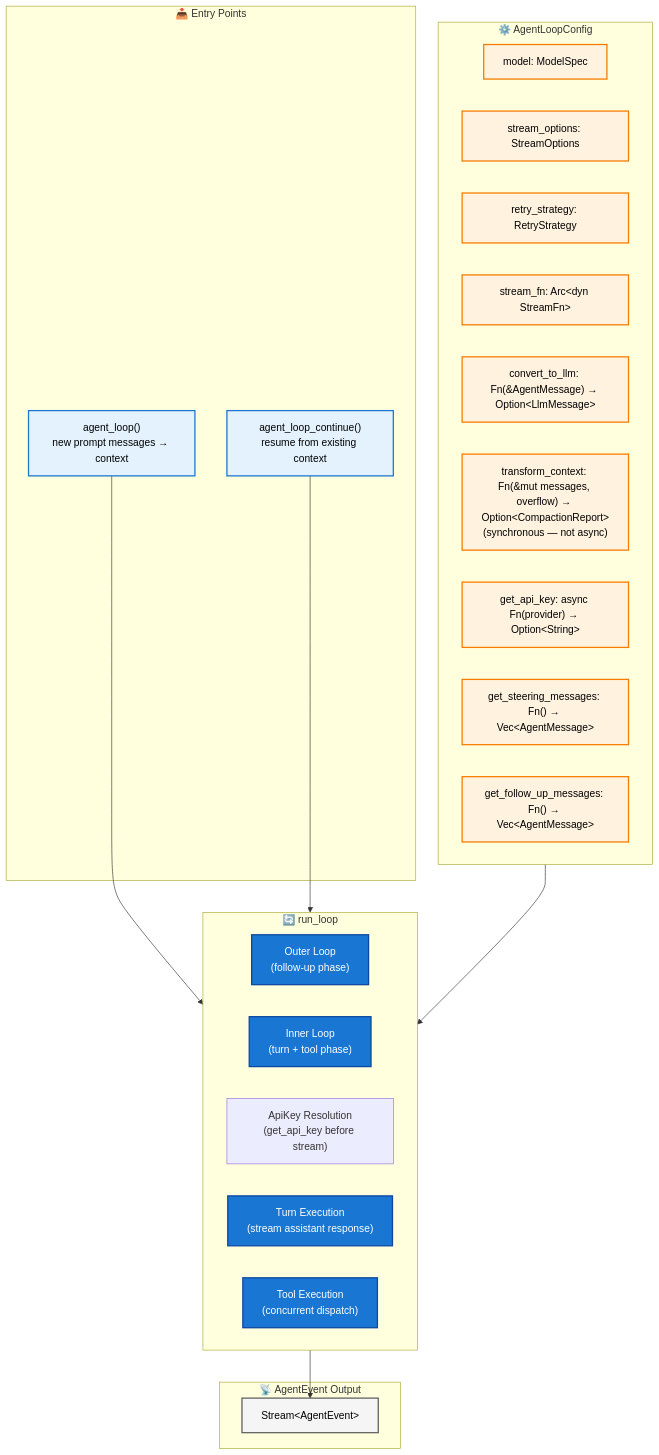
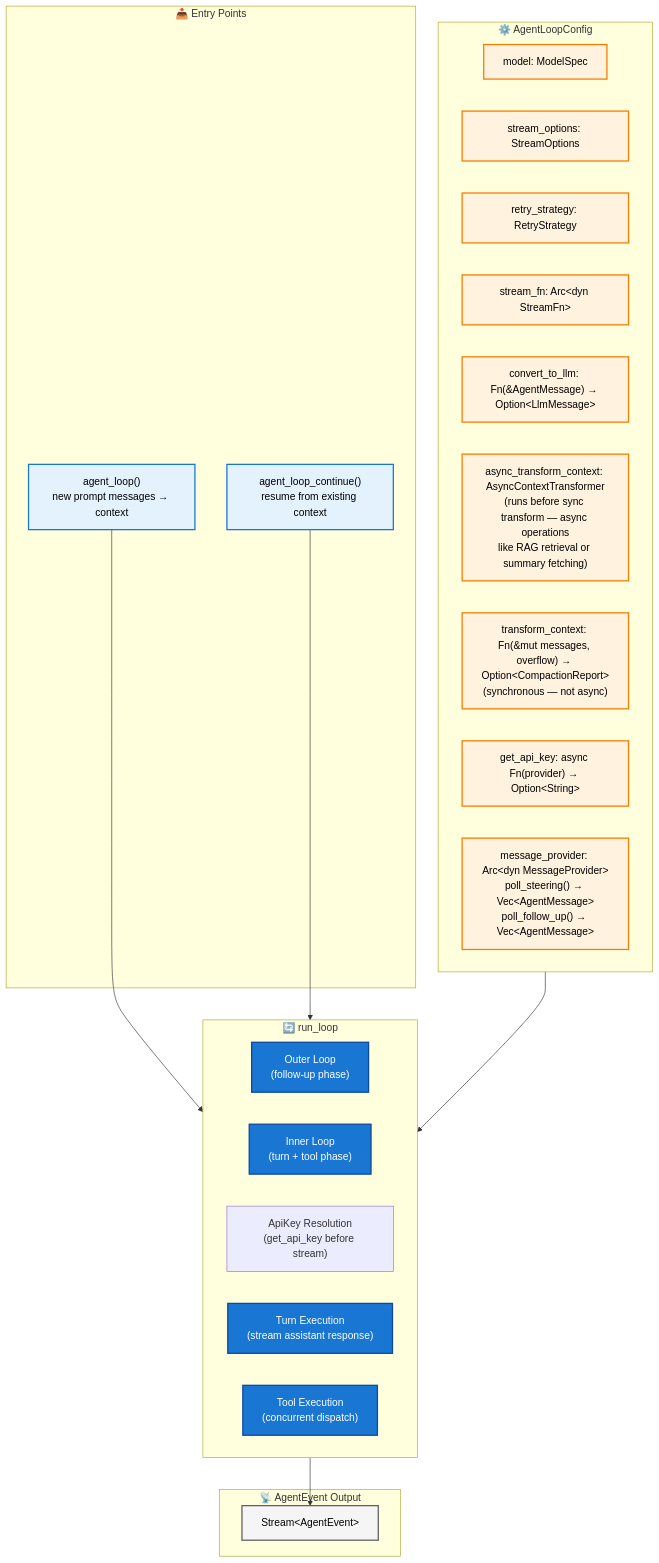
Before and after one commit to SuperSwinkAI/Swink-Agent: the first of 5 diagrams in docs/architecture/agent-loop/README.md, drawn with Mermaid. The commit also changed other lines of this file and 82 other files, not shown here.

````diff
--- a/docs/architecture/agent-loop/README.md
+++ b/docs/architecture/agent-loop/README.md
@@ -12,46 +12,46 @@
 ```mermaid
 flowchart TB
     subgraph EntryPoints["📥 Entry Points"]
         AgentLoop["agent_loop()<br/>new prompt messages → context"]
         AgentLoopContinue["agent_loop_continue()<br/>resume from existing context"]
     end
 
     subgraph Config["⚙️ AgentLoopConfig"]
         Model["model: ModelSpec"]
         StreamOpts["stream_options: StreamOptions"]
         Retry["retry_strategy: RetryStrategy"]
         StreamFnField["stream_fn: Arc&lt;dyn StreamFn&gt;"]
         ConvertFn["convert_to_llm: Fn(&amp;AgentMessage) → Option&lt;LlmMessage&gt;"]
+        AsyncTransformFn["async_transform_context: AsyncContextTransformer<br/>(runs before sync transform — async operations<br/>like RAG retrieval or summary fetching)"]
         TransformFn["transform_context: Fn(&amp;mut messages, overflow) → Option&lt;CompactionReport&gt;<br/>(synchronous — not async)"]
         ApiKey["get_api_key: async Fn(provider) → Option&lt;String&gt;"]
-        SteerFn["get_steering_messages: Fn() → Vec&lt;AgentMessage&gt;"]
-        FollowFn["get_follow_up_messages: Fn() → Vec&lt;AgentMessage&gt;"]
+        MsgProvider["message_provider: Arc&lt;dyn MessageProvider&gt;<br/>poll_steering() → Vec&lt;AgentMessage&gt;<br/>poll_follow_up() → Vec&lt;AgentMessage&gt;"]
     end
 
     subgraph Core["🔄 run_loop"]
         OuterLoop["Outer Loop<br/>(follow-up phase)"]
         InnerLoop["Inner Loop<br/>(turn + tool phase)"]
         ResolveApiKey["ApiKey Resolution<br/>(get_api_key before stream)"]
         TurnExec["Turn Execution<br/>(stream assistant response)"]
         ToolExec["Tool Execution<br/>(concurrent dispatch)"]
     end
 
     subgraph Events["📡 AgentEvent Output"]
         AgentEvents["Stream&lt;AgentEvent&gt;"]
     end
 
     AgentLoop --> Core
     AgentLoopContinue --> Core
     Config --> Core
     Core --> AgentEvents
 
     classDef entryStyle fill:#e3f2fd,stroke:#1976d2,stroke-width:2px,color:#000
     classDef configStyle fill:#fff3e0,stroke:#f57c00,stroke-width:2px,color:#000
     classDef coreStyle fill:#1976d2,stroke:#0d47a1,stroke-width:2px,color:#fff
     classDef eventStyle fill:#f5f5f5,stroke:#616161,stroke-width:2px,color:#000
 
     class AgentLoop,AgentLoopContinue entryStyle
-    class Model,StreamOpts,Retry,StreamFnField,ConvertFn,TransformFn,ApiKey,SteerFn,FollowFn configStyle
+    class Model,StreamOpts,Retry,StreamFnField,ConvertFn,AsyncTransformFn,TransformFn,ApiKey,MsgProvider configStyle
     class OuterLoop,InnerLoop,TurnExec,ToolExec coreStyle
     class AgentEvents eventStyle
 ```
````
